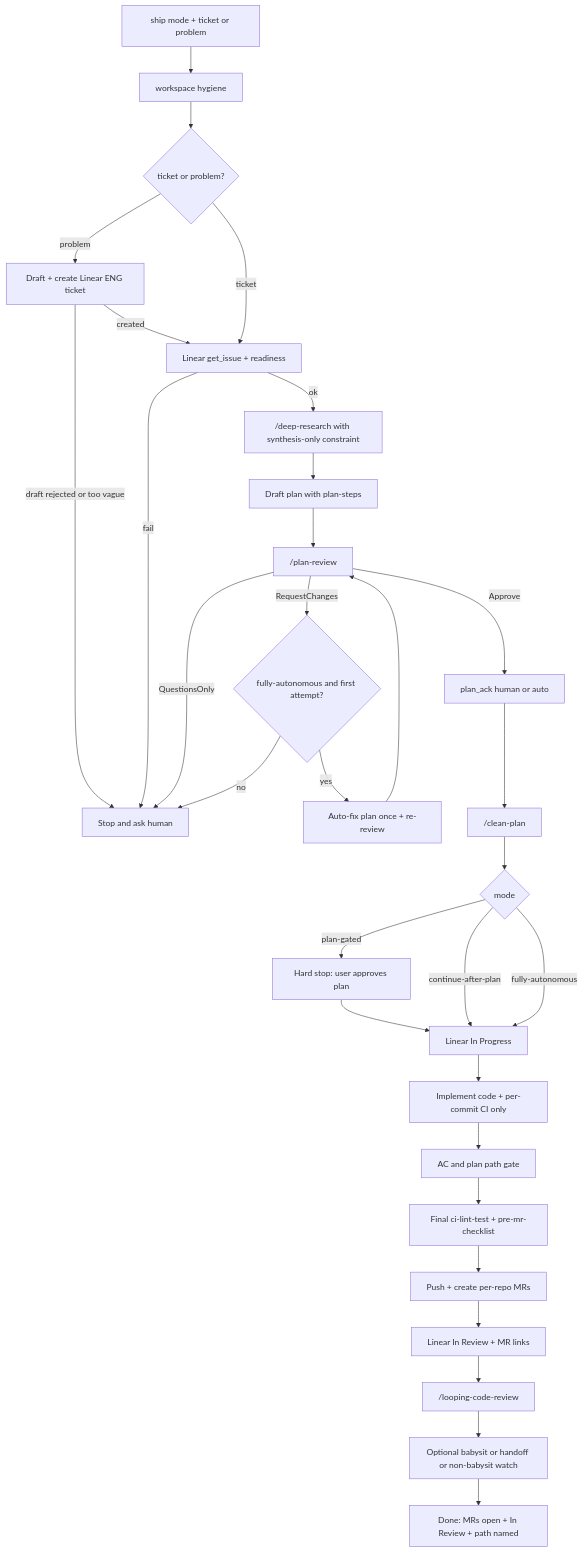
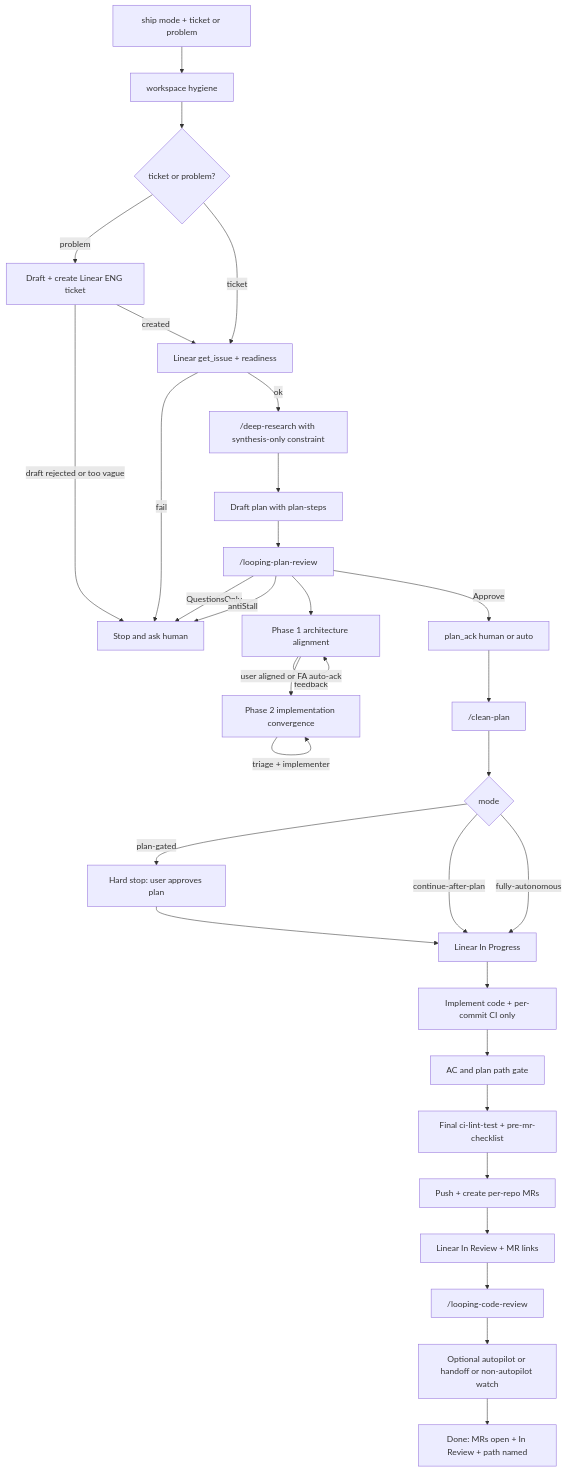
Before and after one commit to PhillipChaffee/.cursor: the diagram in skills/ship/SKILL.md, drawn with Mermaid. The commit also changed other lines of this file and 10 other files, not shown here.

````diff
--- a/skills/ship/SKILL.md
+++ b/skills/ship/SKILL.md
@@ -93,33 +95,34 @@
 ```mermaid
 flowchart TD
   start[ship mode + ticket or problem] --> bootstrap["workspace hygiene"]
   bootstrap --> path{ticket or problem?}
   path -->|problem| createTicket[Draft + create Linear ENG ticket]
   createTicket -->|draft rejected or too vague| stopAsk[Stop and ask human]
   createTicket -->|created| intake[Linear get_issue + readiness]
   path -->|ticket| intake
   intake -->|fail| stopAsk
   intake -->|ok| research["/deep-research with synthesis-only constraint"]
   research --> planDraft[Draft plan with plan-steps]
-  planDraft --> planReview["/plan-review"]
+  planDraft --> planReview["/looping-plan-review"]
+  planReview --> p1["Phase 1 architecture alignment"]
+  p1 -->|feedback| p1
+  p1 -->|"user aligned or FA auto-ack"| p2["Phase 2 implementation convergence"]
+  p2 -->|"triage + implementer"| p2
   planReview -->|QuestionsOnly| stopAsk
-  planReview -->|RequestChanges| autoFix{fully-autonomous and first attempt?}
-  autoFix -->|yes| fixOnce[Auto-fix plan once + re-review]
-  fixOnce --> planReview
-  autoFix -->|no| stopAsk
+  planReview -->|antiStall| stopAsk
   planReview -->|Approve| residualAck[plan_ack human or auto]
   residualAck --> cleanPlan["/clean-plan"]
   cleanPlan --> modeGate{mode}
   modeGate -->|plan-gated| humanPlan[Hard stop: user approves plan]
   humanPlan --> inProgress[Linear In Progress]
   modeGate -->|continue-after-plan| inProgress
   modeGate -->|fully-autonomous| inProgress
   inProgress --> implement[Implement code + per-commit CI only]
   implement --> scopeGate[AC and plan path gate]
   scopeGate --> verify["Final ci-lint-test + pre-mr-checklist"]
   verify --> mrs[Push + create per-repo MRs]
   mrs --> linearReview[Linear In Review + MR links]
   linearReview --> looping["/looping-code-review"]
-  looping --> babysitOpt["Optional babysit or handoff or non-babysit watch"]
-  babysitOpt --> done[Done: MRs open + In Review + path named]
+  looping --> autopilotOpt["Optional autopilot or handoff or non-autopilot watch"]
+  autopilotOpt --> done[Done: MRs open + In Review + path named]
 ```
````
